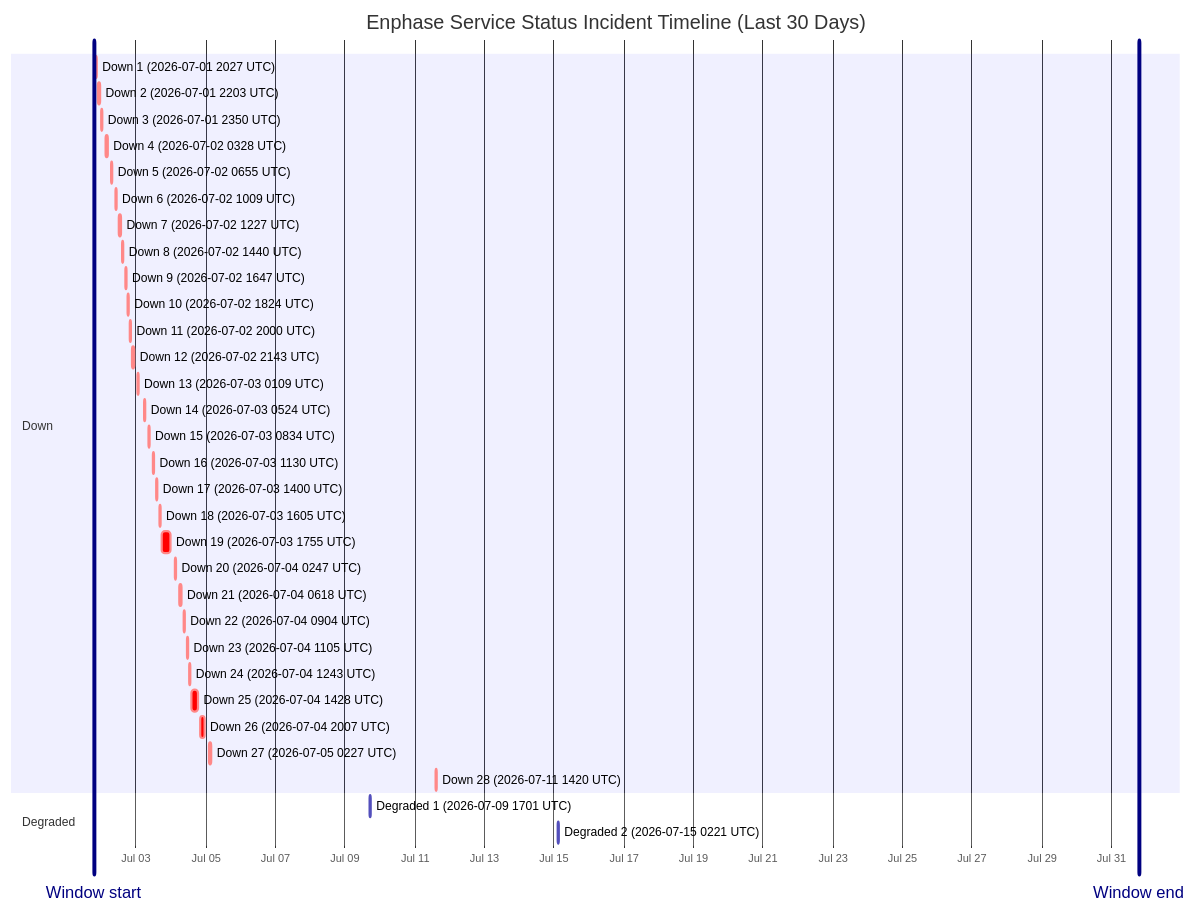
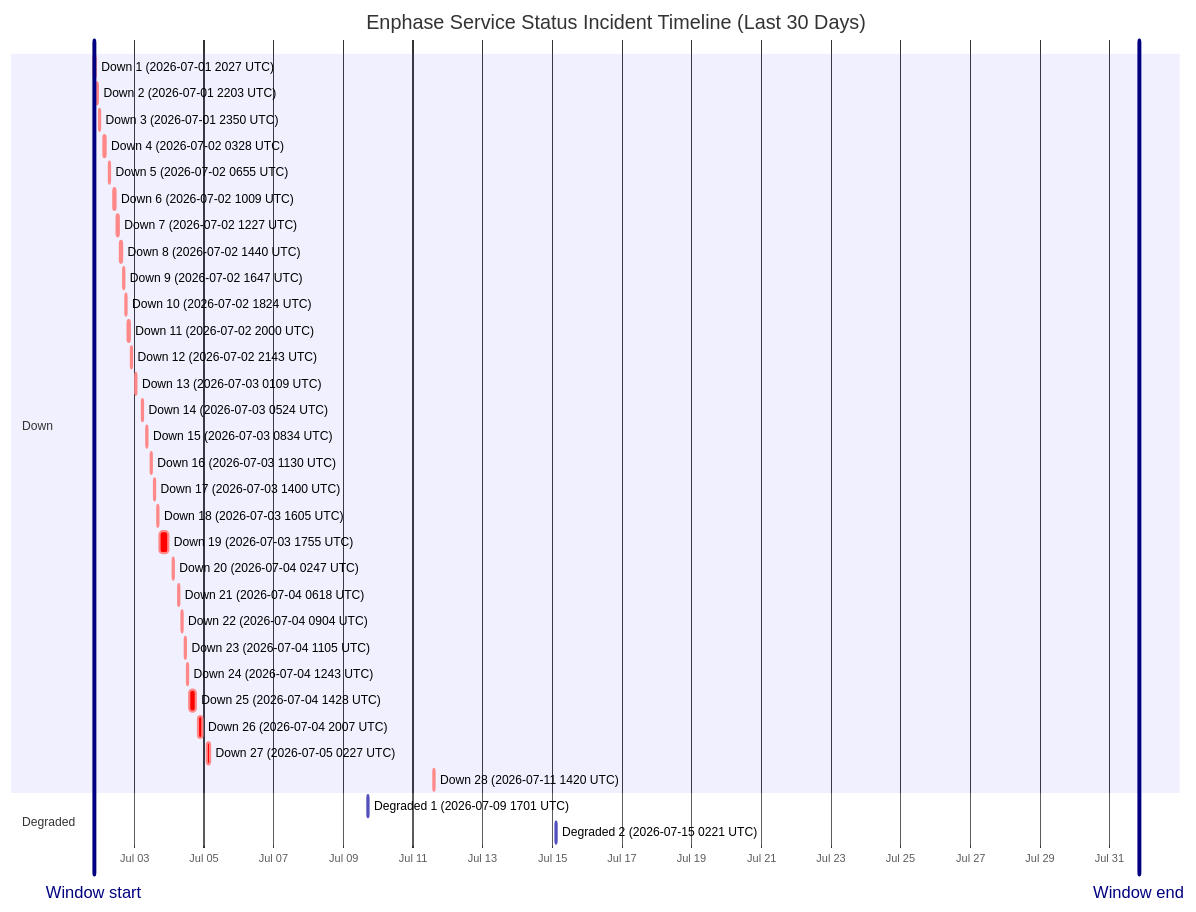
Before and after one commit to barneyonline/ha-enphase-energy: the diagram in wiki/Service-Status-History.md, drawn with Mermaid. The commit also changed other lines of this file and 3 other files, not shown here.

````diff
--- a/wiki/Service-Status-History.md
+++ b/wiki/Service-Status-History.md
@@ -14,40 +14,40 @@
 ```mermaid
 gantt
     title Enphase Service Status Incident Timeline (Last 30 Days)
     dateFormat  YYYY-MM-DDTHH:mm:ss
     axisFormat  %b %d
-    Window start :vert, window-start, 2026-07-01T18:52:29, 0ms
-    Window end :vert, window-end, 2026-07-31T18:52:29, 0ms
+    Window start :vert, window-start, 2026-07-01T20:18:55, 0ms
+    Window end :vert, window-end, 2026-07-31T20:18:55, 0ms
     section Down
     Down 1 (2026-07-01 2027 UTC) :crit, down-1, 2026-07-01T20:27:17, 60m
     Down 2 (2026-07-01 2203 UTC) :crit, down-2, 2026-07-01T22:03:46, 60m
     Down 3 (2026-07-01 2350 UTC) :crit, down-3, 2026-07-01T23:50:52, 60m
     Down 4 (2026-07-02 0328 UTC) :crit, down-4, 2026-07-02T03:28:33, 60m
     Down 5 (2026-07-02 0655 UTC) :crit, down-5, 2026-07-02T06:55:07, 60m
     Down 6 (2026-07-02 1009 UTC) :crit, down-6, 2026-07-02T10:09:15, 60m
     Down 7 (2026-07-02 1227 UTC) :crit, down-7, 2026-07-02T12:27:49, 60m
     Down 8 (2026-07-02 1440 UTC) :crit, down-8, 2026-07-02T14:40:53, 60m
     Down 9 (2026-07-02 1647 UTC) :crit, down-9, 2026-07-02T16:47:47, 60m
     Down 10 (2026-07-02 1824 UTC) :crit, down-10, 2026-07-02T18:24:26, 60m
     Down 11 (2026-07-02 2000 UTC) :crit, down-11, 2026-07-02T20:00:57, 60m
     Down 12 (2026-07-02 2143 UTC) :crit, down-12, 2026-07-02T21:43:52, 80m
     Down 13 (2026-07-03 0109 UTC) :crit, down-13, 2026-07-03T01:09:19, 60m
     Down 14 (2026-07-03 0524 UTC) :crit, down-14, 2026-07-03T05:24:23, 60m
     Down 15 (2026-07-03 0834 UTC) :crit, down-15, 2026-07-03T08:34:05, 60m
     Down 16 (2026-07-03 1130 UTC) :crit, down-16, 2026-07-03T11:30:41, 60m
     Down 17 (2026-07-03 1400 UTC) :crit, down-17, 2026-07-03T14:00:48, 60m
     Down 18 (2026-07-03 1605 UTC) :crit, down-18, 2026-07-03T16:05:49, 60m
     Down 19 (2026-07-03 1755 UTC) :crit, down-19, 2026-07-03T17:55:54, 338m
     Down 20 (2026-07-04 0247 UTC) :crit, down-20, 2026-07-04T02:47:22, 60m
     Down 21 (2026-07-04 0618 UTC) :crit, down-21, 2026-07-04T06:18:09, 60m
     Down 22 (2026-07-04 0904 UTC) :crit, down-22, 2026-07-04T09:04:41, 60m
     Down 23 (2026-07-04 1105 UTC) :crit, down-23, 2026-07-04T11:05:21, 60m
     Down 24 (2026-07-04 1243 UTC) :crit, down-24, 2026-07-04T12:43:25, 60m
     Down 25 (2026-07-04 1428 UTC) :crit, down-25, 2026-07-04T14:28:07, 243m
     Down 26 (2026-07-04 2007 UTC) :crit, down-26, 2026-07-04T20:07:50, 206m
     Down 27 (2026-07-05 0227 UTC) :crit, down-27, 2026-07-05T02:27:32, 109m
     Down 28 (2026-07-11 1420 UTC) :crit, down-28, 2026-07-11T14:20:54, 69m
     section Degraded
     Degraded 1 (2026-07-09 1701 UTC) :active, degraded-1, 2026-07-09T17:01:02, 60m
     Degraded 2 (2026-07-15 0221 UTC) :active, degraded-2, 2026-07-15T02:21:35, 60m
 ```
````
